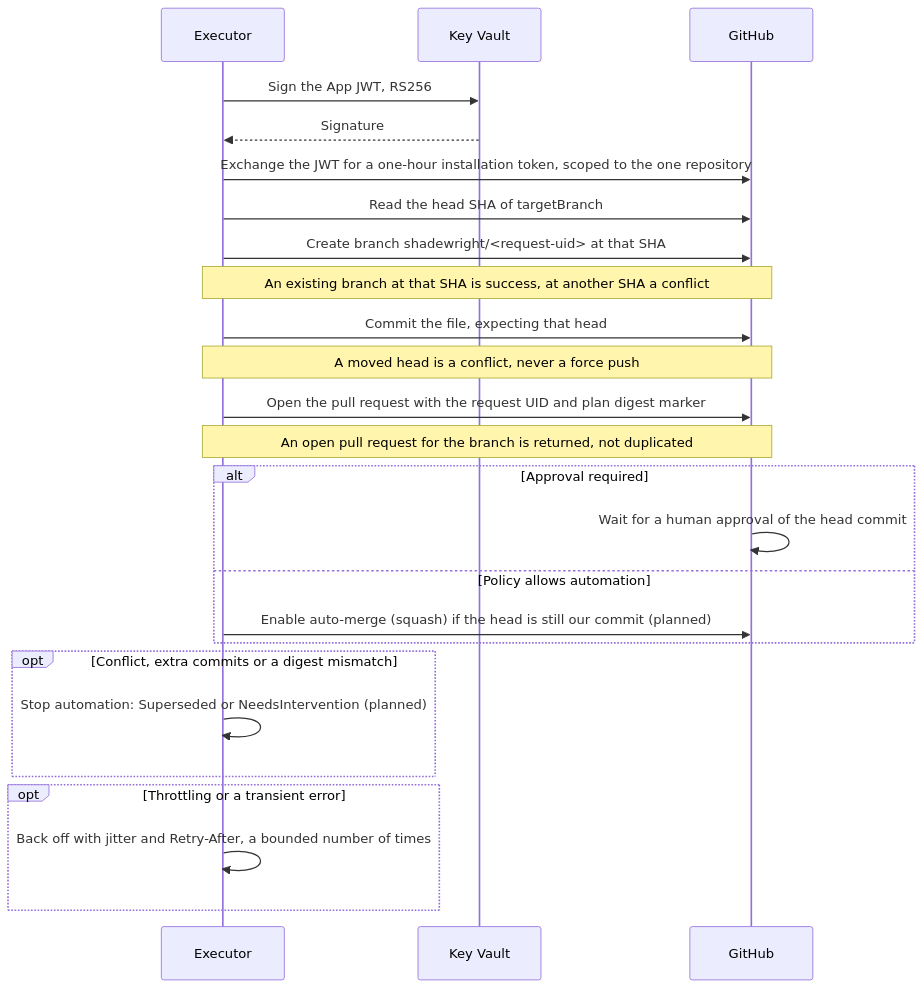
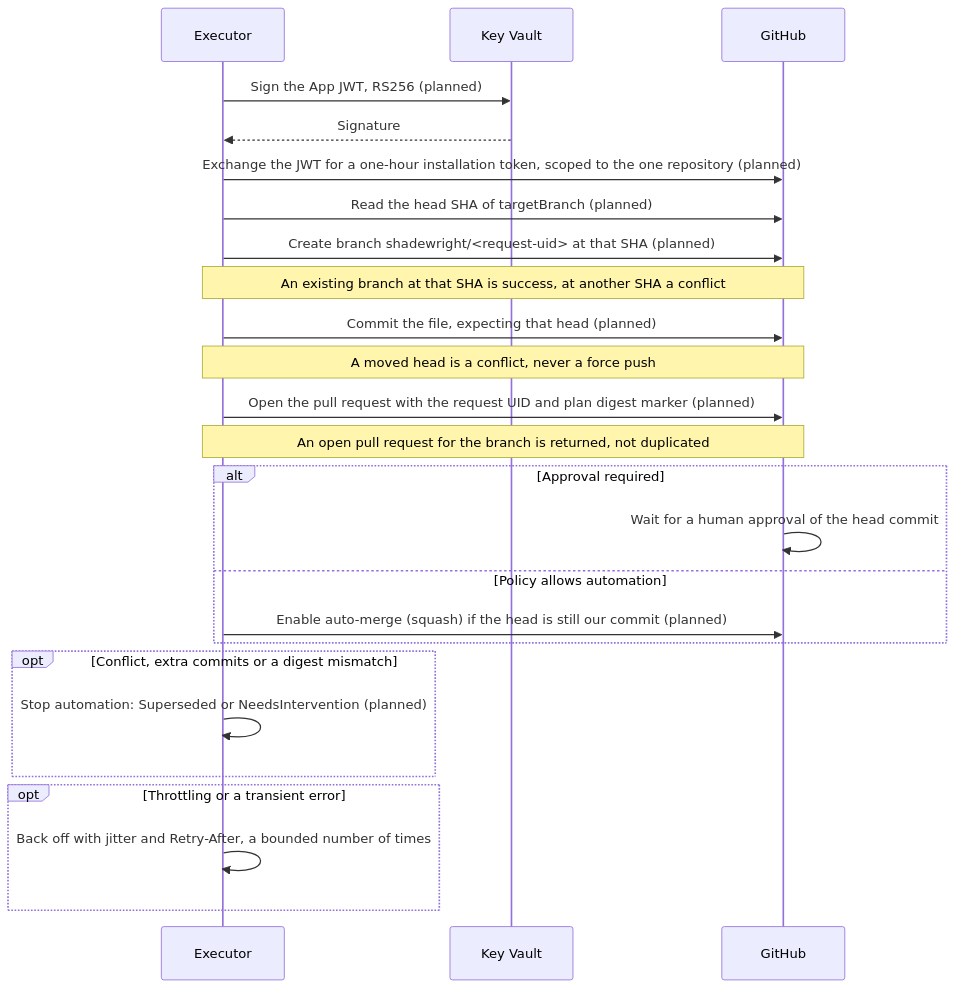
The fourth of 5 diagrams in docs/design.md (pkalin/shadewright), drawn with Mermaid before and after one commit. The commit also changed other lines of this file and 14 other files, not shown here.

````diff
--- a/docs/design.md
+++ b/docs/design.md
@@ -467,27 +467,27 @@
 ```mermaid
 sequenceDiagram
     participant E as Executor
     participant V as Key Vault
     participant G as GitHub
-    E->>V: Sign the App JWT, RS256
+    E->>V: Sign the App JWT, RS256 (planned)
     V-->>E: Signature
-    E->>G: Exchange the JWT for a one-hour installation token, scoped to the one repository
-    E->>G: Read the head SHA of targetBranch
-    E->>G: Create branch shadewright/#lt;request-uid#gt; at that SHA
+    E->>G: Exchange the JWT for a one-hour installation token, scoped to the one repository (planned)
+    E->>G: Read the head SHA of targetBranch (planned)
+    E->>G: Create branch shadewright/#lt;request-uid#gt; at that SHA (planned)
     Note over E,G: An existing branch at that SHA is success, at another SHA a conflict
-    E->>G: Commit the file, expecting that head
+    E->>G: Commit the file, expecting that head (planned)
     Note over E,G: A moved head is a conflict, never a force push
-    E->>G: Open the pull request with the request UID and plan digest marker
+    E->>G: Open the pull request with the request UID and plan digest marker (planned)
     Note over E,G: An open pull request for the branch is returned, not duplicated
     alt Approval required
         G->>G: Wait for a human approval of the head commit
     else Policy allows automation
         E->>G: Enable auto-merge (squash) if the head is still our commit (planned)
     end
     opt Conflict, extra commits or a digest mismatch
         E->>E: Stop automation: Superseded or NeedsIntervention (planned)
     end
     opt Throttling or a transient error
         E->>E: Back off with jitter and Retry-After, a bounded number of times
     end
 ```
````
